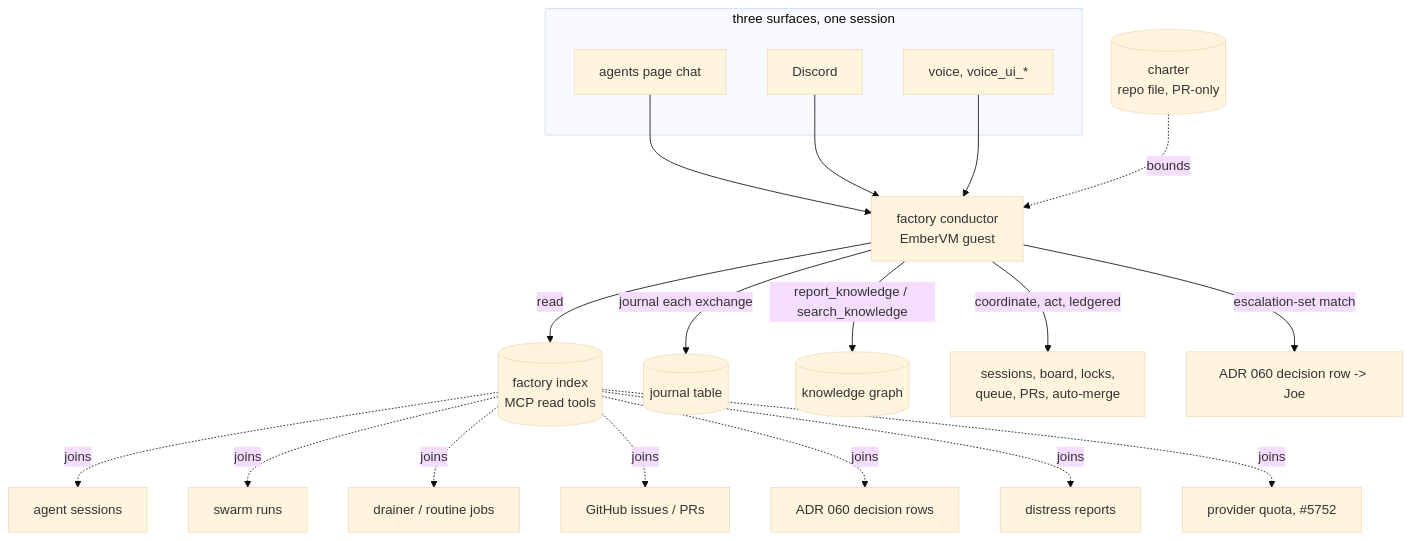
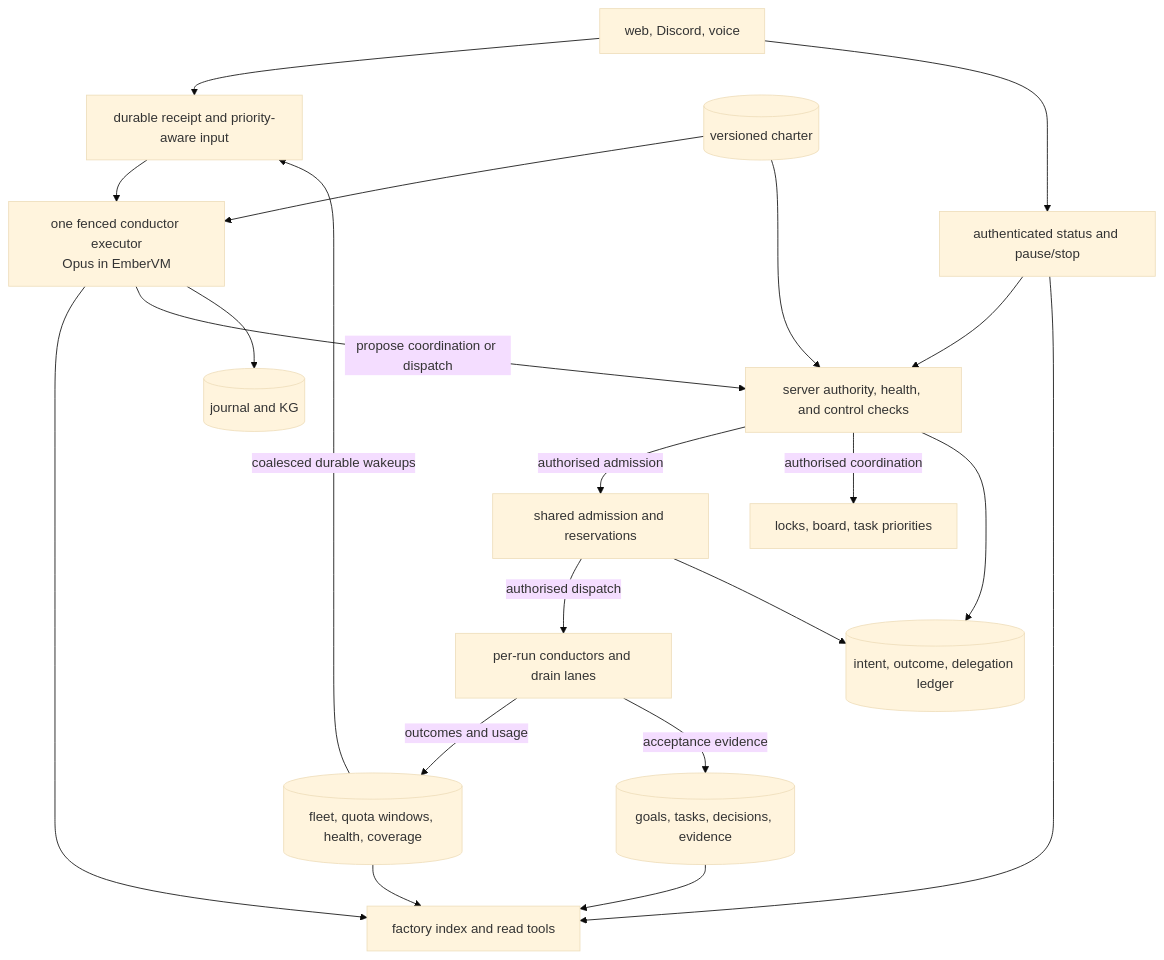
The diagram in docs/decisions/agents/064-factory-conductor-long-lived-session-under-a-charter.md (jomcgi-org/homelab), drawn with Mermaid (base theme) before and after one commit. The commit also changed other lines of this file and 2 other files, not shown here.

Commit message:
docs(adr): define product-goal scheduling and responsive factory controls

````diff
--- a/docs/decisions/agents/064-factory-conductor-long-lived-session-under-a-charter.md
+++ b/docs/decisions/agents/064-factory-conductor-long-lived-session-under-a-charter.md
@@ -186,31 +299,23 @@
 ```mermaid
 graph TB
-    subgraph surfaces["three surfaces, one session"]
-        UI[agents page chat]
-        DC[Discord]
-        VO[voice, voice_ui_*]
-    end
-    FC[factory conductor<br/>EmberVM guest]
-    CH[(charter<br/>repo file, PR-only)]
-    IDX[(factory index<br/>MCP read tools)]
-    J[(journal table)]
-    KG[(knowledge graph)]
-
-    UI --> FC
-    DC --> FC
-    VO --> FC
-    CH -.bounds.-> FC
-    FC -->|read| IDX
-    FC -->|coordinate, act, ledgered| targets[sessions, board, locks,<br/>queue, PRs, auto-merge]
-    FC -->|journal each exchange| J
-    FC -->|report_knowledge / search_knowledge| KG
-    FC -->|escalation-set match| DR[ADR 060 decision row -> Joe]
-
-    IDX -.joins.-> S1[agent sessions]
-    IDX -.joins.-> S2[swarm runs]
-    IDX -.joins.-> S3[drainer / routine jobs]
-    IDX -.joins.-> S4[GitHub issues / PRs]
-    IDX -.joins.-> S5[ADR 060 decision rows]
-    IDX -.joins.-> S6[distress reports]
-    IDX -.joins.-> S7[provider quota, #5752]
+    UI[web, Discord, voice] --> INPUT[durable receipt and priority-aware input]
+    INPUT --> FC[one fenced conductor executor<br/>Opus in EmberVM]
+    UI --> CONTROL[authenticated status and pause/stop]
+    CH[(versioned charter)] --> FC
+    CH --> GATE[server authority, health, and control checks]
+    FC --> IDX[factory index and read tools]
+    GOALS[(goals, tasks, decisions, evidence)] --> IDX
+    STATE[(fleet, quota windows, health, coverage)] --> IDX
+    FC -->|propose coordination or dispatch| GATE
+    CONTROL --> GATE
+    CONTROL --> IDX
+    GATE -->|authorised admission| ADMIT[shared admission and reservations]
+    GATE -->|authorised coordination| TARGETS[locks, board, task priorities]
+    ADMIT -->|authorised dispatch| WORK[per-run conductors and drain lanes]
+    WORK -->|outcomes and usage| STATE
+    WORK -->|acceptance evidence| GOALS
+    STATE -->|coalesced durable wakeups| INPUT
+    FC --> JOURNAL[(journal and KG)]
+    GATE --> LEDGER[(intent, outcome, delegation ledger)]
+    ADMIT --> LEDGER
 ```
````
